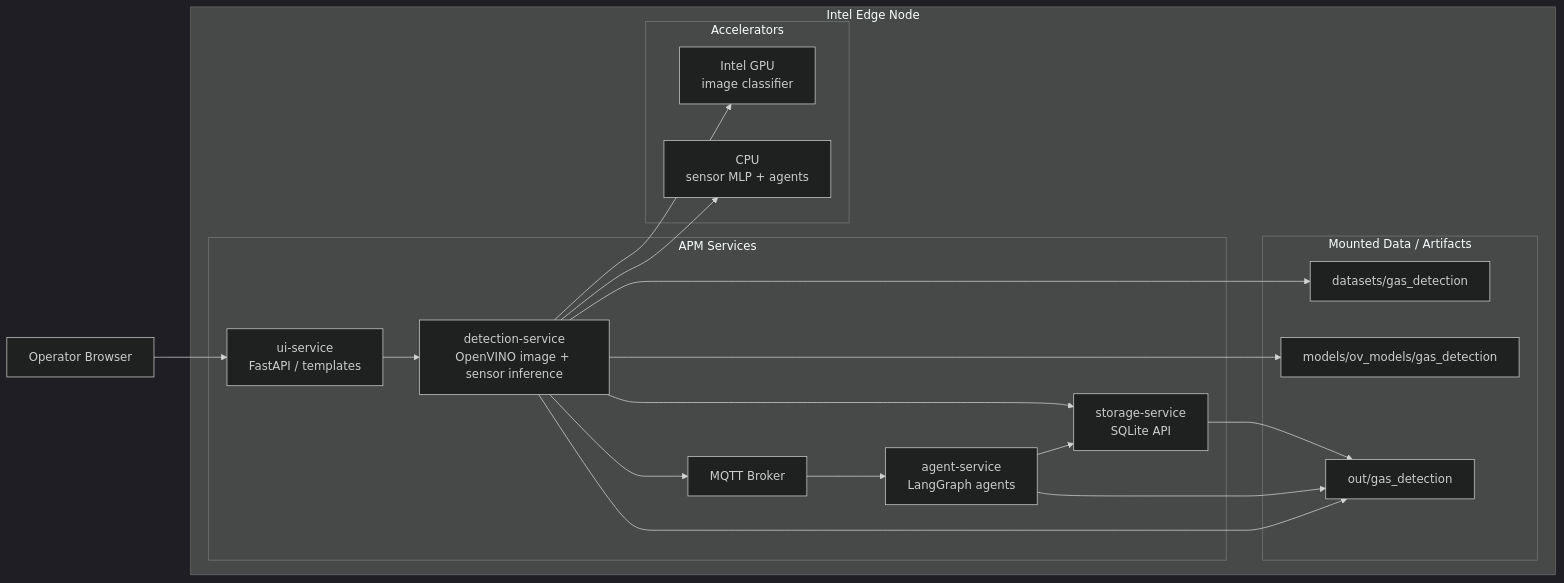
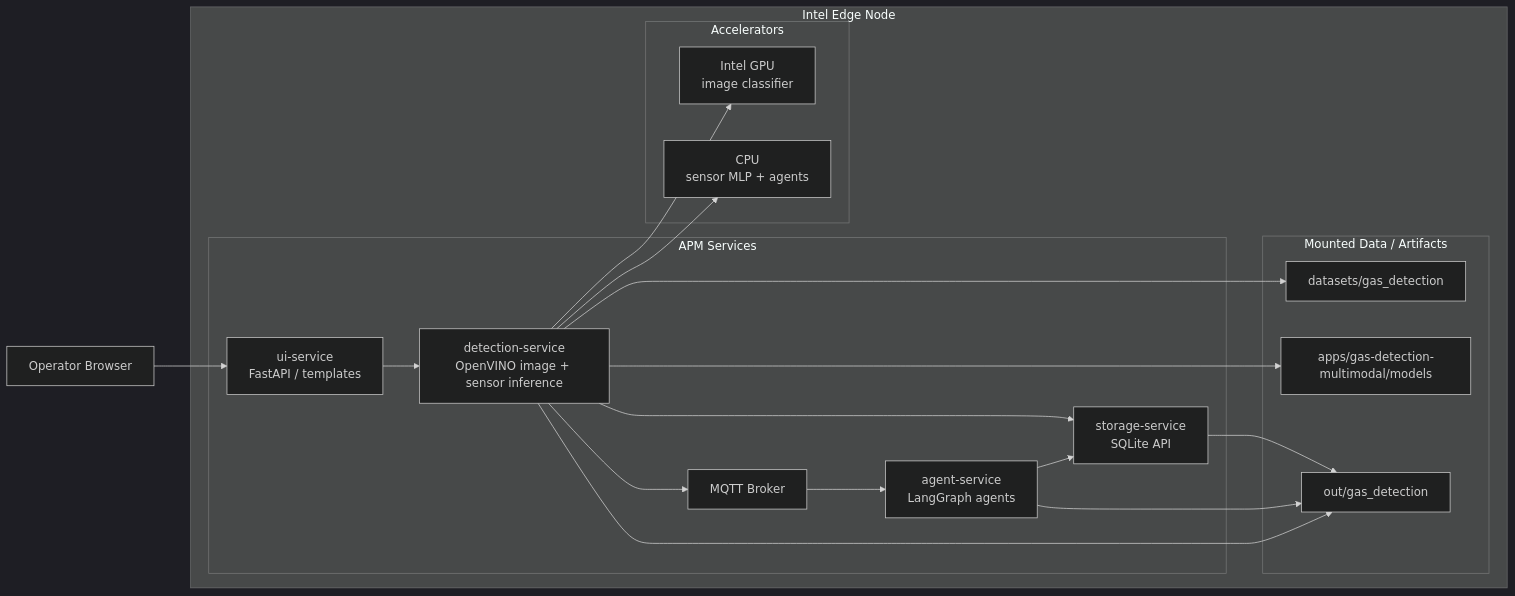
The second of 2 diagrams in metro-ai-suite/agentic-predictive-maintenance-pipeline/docs/user-guide/multimodal-pipeline-plan.md (open-edge-platform/edge-ai-suites), drawn with Mermaid (dark theme) before and after one commit. The commit also changed other lines of this file and 14 other files, not shown here.

````diff
--- a/metro-ai-suite/agentic-predictive-maintenance-pipeline/docs/user-guide/multimodal-pipeline-plan.md
+++ b/metro-ai-suite/agentic-predictive-maintenance-pipeline/docs/user-guide/multimodal-pipeline-plan.md
@@ -107,37 +107,37 @@
 ```mermaid
 flowchart LR
     subgraph edge["Intel Edge Node"]
         subgraph services["APM Services"]
             ui_svc["ui-service<br/>FastAPI / templates"]
             detection_svc["detection-service<br/>OpenVINO image + sensor inference"]
             storage_svc["storage-service<br/>SQLite API"]
             agent_svc["agent-service<br/>LangGraph agents"]
             mqtt_broker["MQTT Broker"]
         end
 
         subgraph accelerators["Accelerators"]
             gpu["Intel GPU<br/>image classifier"]
             cpu["CPU<br/>sensor MLP + agents"]
         end
 
         subgraph volumes["Mounted Data / Artifacts"]
             dataset["datasets/gas_detection"]
-            models["models/ov_models/gas_detection"]
+            models["apps/gas-detection-multimodal/models"]
             output["out/gas_detection"]
         end
     end
 
     operator["Operator Browser"] --> ui_svc
     ui_svc --> detection_svc
     detection_svc --> gpu
     detection_svc --> cpu
     detection_svc --> dataset
     detection_svc --> models
     detection_svc --> storage_svc
     detection_svc --> mqtt_broker
     mqtt_broker --> agent_svc
     agent_svc --> storage_svc
     storage_svc --> output
     agent_svc --> output
     detection_svc --> output
 ```
````
